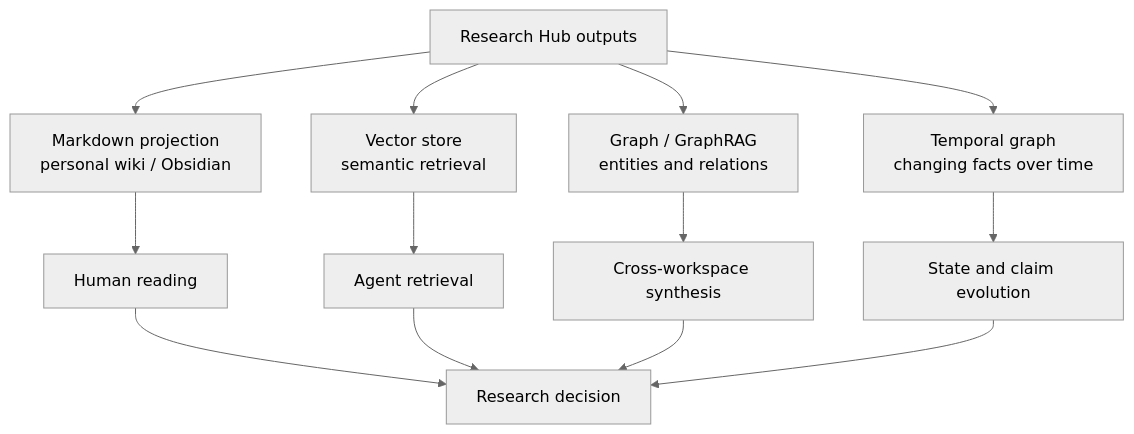
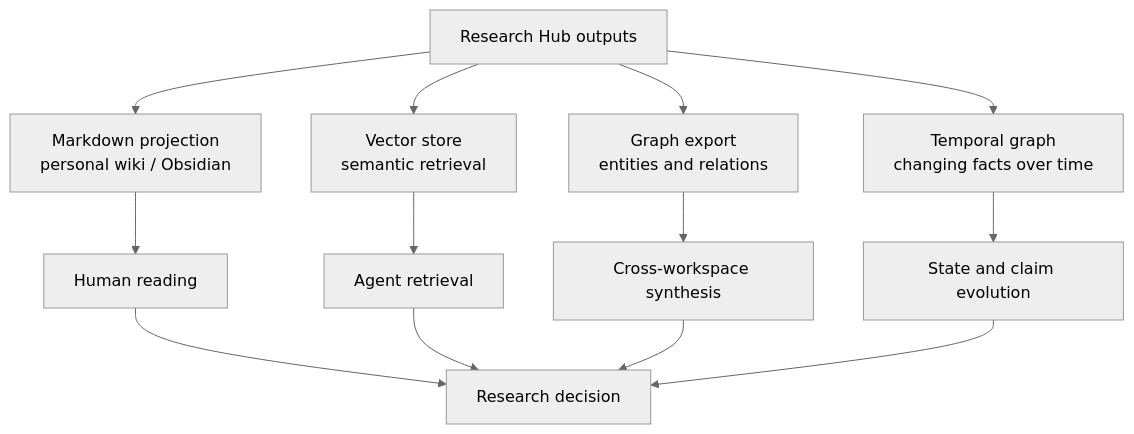
One commit to UTurtle/research-hub-skills changed the third of 3 diagrams in docs/integrations.md. Above: the diagram before and after it, drawn with Mermaid (neutral theme). The commit also changed other lines of this file and 1 other file, not shown here.

Commit message:
Remove GraphRAG from integration targets

````diff
--- a/docs/integrations.md
+++ b/docs/integrations.md
@@ -113,17 +114,17 @@
 ```mermaid
 flowchart TD
     HUB["Research Hub outputs"] --> MD["Markdown projection<br/>personal wiki / Obsidian"]
     HUB --> VEC["Vector store<br/>semantic retrieval"]
-    HUB --> GRAPH["Graph / GraphRAG<br/>entities and relations"]
+    HUB --> GRAPH["Graph export<br/>entities and relations"]
     HUB --> TEMP["Temporal graph<br/>changing facts over time"]
 
     MD --> READER["Human reading"]
     VEC --> AGENT["Agent retrieval"]
     GRAPH --> GLOBAL["Cross-workspace synthesis"]
     TEMP --> HISTORY["State and claim evolution"]
 
     READER --> DECISION["Research decision"]
     AGENT --> DECISION
     GLOBAL --> DECISION
     HISTORY --> DECISION
 ```
````
